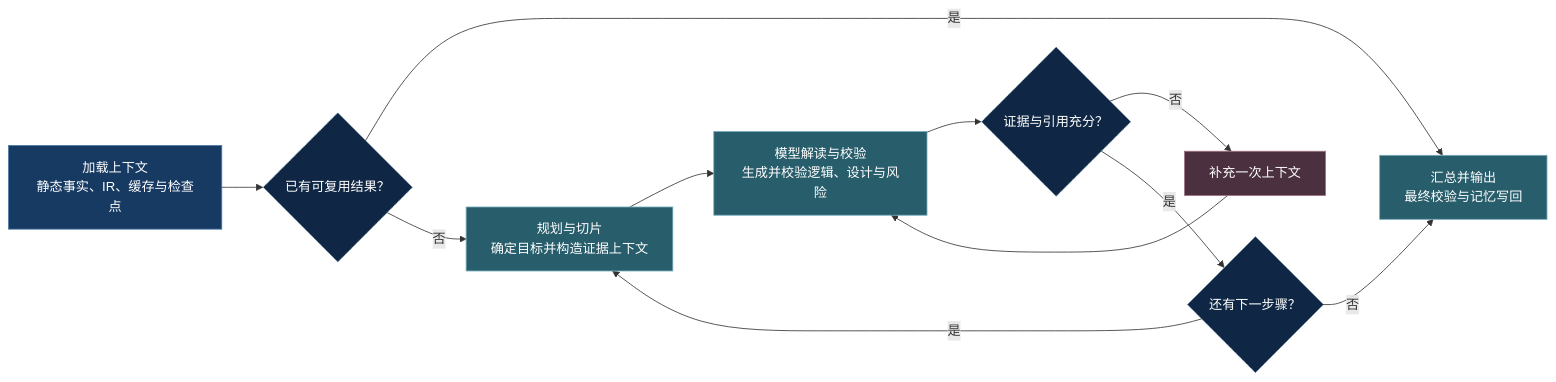
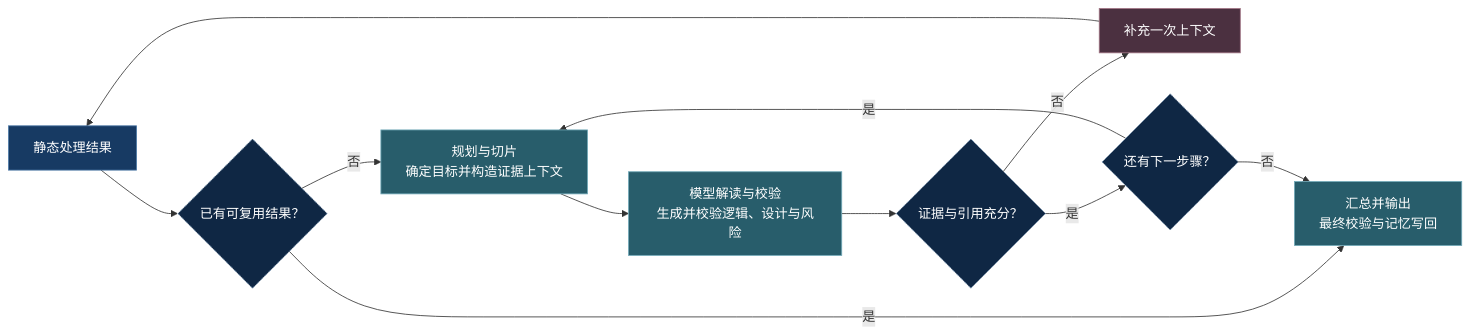
Before and after one commit to kane0204/CodeLens: the third of 5 diagrams in docs/slides/slides.md, drawn with Mermaid. The commit also changed other lines of this file, not shown here.

Commit message:
docs: refine agent process diagrams

````diff
--- a/docs/slides/slides.md
+++ b/docs/slides/slides.md
@@ -203,27 +214,27 @@
 ```mermaid
 flowchart LR
-    A["加载上下文<br/>静态事实、IR、缓存与检查点"] --> B{"已有可复用结果？"}
+    A["静态处理结果"] --> B{"已有可复用结果？"}
 
     B -- "是" --> H["汇总并输出<br/>最终校验与记忆写回"]
     B -- "否" --> C["规划与切片<br/>确定目标并构造证据上下文"]
 
     C --> D["模型解读与校验<br/>生成并校验逻辑、设计与风险"]
     D --> E{"证据与引用充分？"}
 
     E -- "否" --> F["补充一次上下文"]
-    F --> D
+    F --> A
     E -- "是" --> G{"还有下一步骤？"}
 
     G -- "是" --> C
     G -- "否" --> H
 
     classDef input fill:#173a63,stroke:#4b78a6,color:#fff;
     classDef decision fill:#0f2744,stroke:#7895b2,stroke-dasharray:4 3,color:#fff;
     classDef repair fill:#4b3040,stroke:#9f7282,color:#fff;
     classDef output fill:#285d6b,stroke:#71a9b8,color:#fff;
 
     class A input;
     class B,E,G decision;
     class F repair;
     class C,D,H output;
 ```
````
